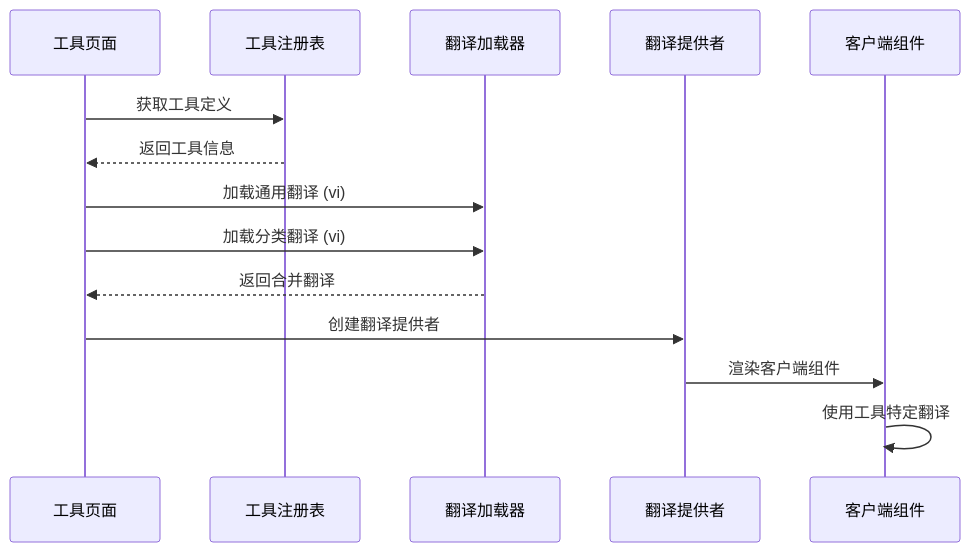
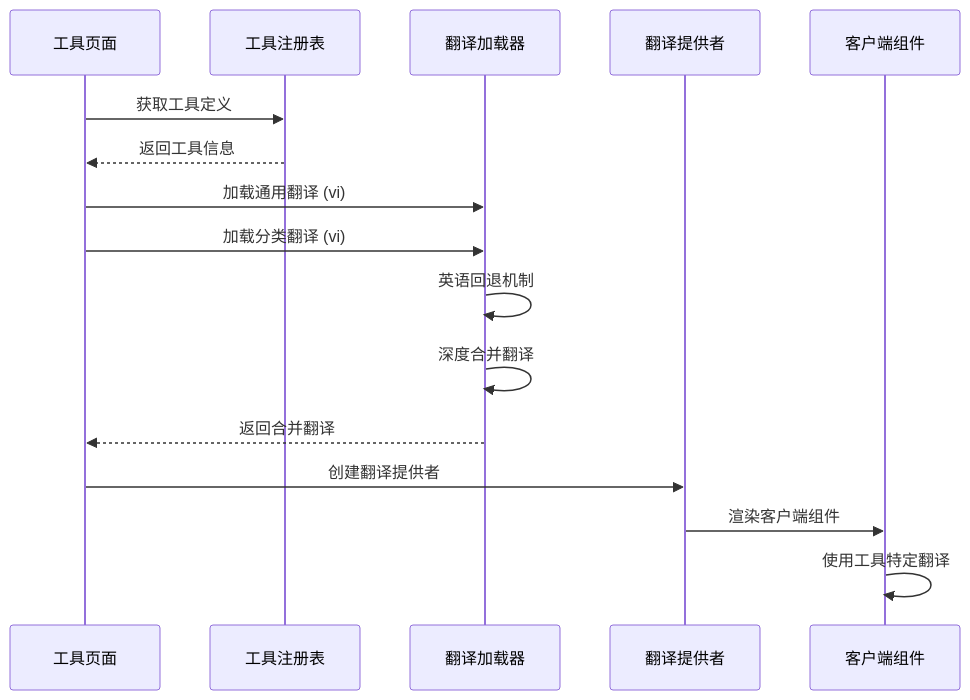
One commit to sgyy/privadeck changed the tenth of 13 diagrams in .qoder/repowiki/zh/content/技术架构/国际化系统.md. Above: the diagram before and after it, drawn with Mermaid. The commit also changed other lines of this file and 5 other files, not shown here.

````diff
--- a/.qoder/repowiki/zh/content/技术架构/国际化系统.md
+++ b/.qoder/repowiki/zh/content/技术架构/国际化系统.md
@@ -485,16 +550,18 @@
 ```mermaid
 sequenceDiagram
 participant Page as 工具页面
 participant Registry as 工具注册表
 participant Loader as 翻译加载器
 participant Provider as 翻译提供者
 participant Client as 客户端组件
 Page->>Registry : 获取工具定义
 Registry-->>Page : 返回工具信息
 Page->>Loader : 加载通用翻译 (vi)
 Page->>Loader : 加载分类翻译 (vi)
+Loader->>Loader : 英语回退机制
+Loader->>Loader : 深度合并翻译
 Loader-->>Page : 返回合并翻译
 Page->>Provider : 创建翻译提供者
 Provider->>Client : 渲染客户端组件
 Client->>Client : 使用工具特定翻译
 ```
````
